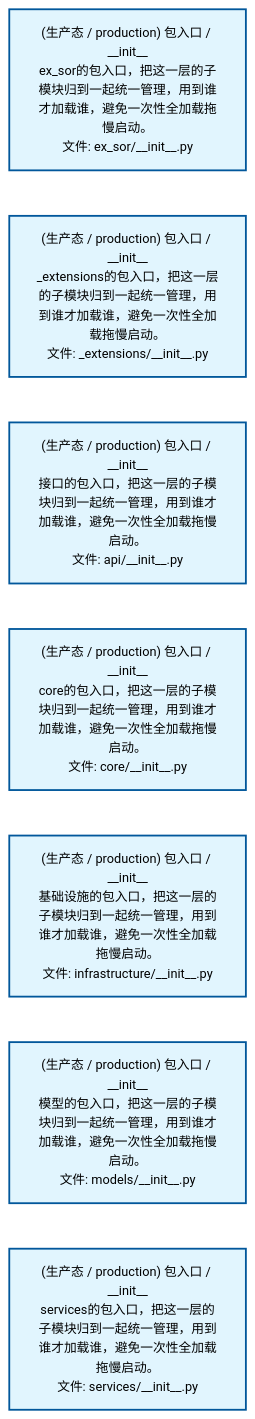
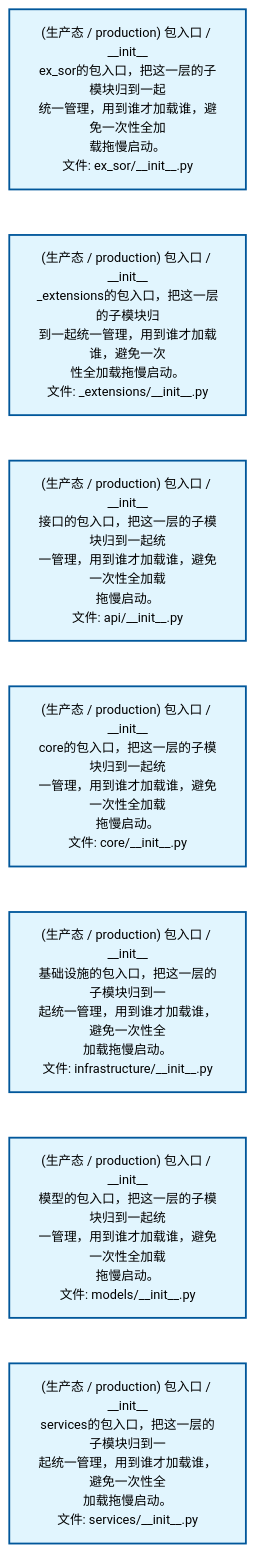
Before and after one commit to xuanFelixVan/ZephyrAlpha: the second of 4 diagrams in docs/02_enterprise_architecture/02_domain_architecture_docs/45_d_ex_sor.md, drawn with Mermaid. The commit also changed other lines of this file and 59 other files, not shown here.

````diff
--- a/docs/02_enterprise_architecture/02_domain_architecture_docs/45_d_ex_sor.md
+++ b/docs/02_enterprise_architecture/02_domain_architecture_docs/45_d_ex_sor.md
@@ -111,22 +111,22 @@
 ```mermaid
 %%{init: {'theme': 'base', 'themeVariables': {'primaryColor': '#eaeaea', 'primaryTextColor': '#333333', 'primaryBorderColor': '#666666', 'lineColor': '#666666', 'secondaryColor': '#eaeaea', 'tertiaryColor': '#eaeaea', 'fontSize': '14px'}}}%%
 flowchart TD
-    src_zephyr_ex_sor_init_py["(生产态 / production) 包入口 / __init__<br/>ex_sor的包入口，把这一层的子模块归到一起统一管理，用到谁才加载谁，避免一次性全加载拖慢启动。<br/>文件: ex_sor/__init__.py"]
-    src_zephyr_ex_sor_extensions_init_py["(生产态 / production) 包入口 / __init__<br/>_extensions的包入口，把这一层的子模块归到一起统一管理，用到谁才加载谁，避免一次性全加载拖慢启动。<br/>文件: _extensions/__init__.py"]
-    src_zephyr_ex_sor_api_init_py["(生产态 / production) 包入口 / __init__<br/>接口的包入口，把这一层的子模块归到一起统一管理，用到谁才加载谁，避免一次性全加载拖慢启动。<br/>文件: api/__init__.py"]
-    src_zephyr_ex_sor_core_init_py["(生产态 / production) 包入口 / __init__<br/>core的包入口，把这一层的子模块归到一起统一管理，用到谁才加载谁，避免一次性全加载拖慢启动。<br/>文件: core/__init__.py"]
-    src_zephyr_ex_sor_infrastructure_init_py["(生产态 / production) 包入口 / __init__<br/>基础设施的包入口，把这一层的子模块归到一起统一管理，用到谁才加载谁，避免一次性全加载拖慢启动。<br/>文件: infrastructure/__init__.py"]
-    src_zephyr_ex_sor_models_init_py["(生产态 / production) 包入口 / __init__<br/>模型的包入口，把这一层的子模块归到一起统一管理，用到谁才加载谁，避免一次性全加载拖慢启动。<br/>文件: models/__init__.py"]
-    src_zephyr_ex_sor_services_init_py["(生产态 / production) 包入口 / __init__<br/>services的包入口，把这一层的子模块归到一起统一管理，用到谁才加载谁，避免一次性全加载拖慢启动。<br/>文件: services/__init__.py"]
+    src_zephyr_ex_sor_init_py["(生产态 / production) 包入口 / __init__<br/>ex_sor的包入口，把这一层的子模块归到一起<br/>统一管理，用到谁才加载谁，避免一次性全加<br/>载拖慢启动。<br/>文件: ex_sor/__init__.py"]
+    src_zephyr_ex_sor_extensions_init_py["(生产态 / production) 包入口 / __init__<br/>_extensions的包入口，把这一层的子模块归<br/>到一起统一管理，用到谁才加载谁，避免一次<br/>性全加载拖慢启动。<br/>文件: _extensions/__init__.py"]
+    src_zephyr_ex_sor_api_init_py["(生产态 / production) 包入口 / __init__<br/>接口的包入口，把这一层的子模块归到一起统<br/>一管理，用到谁才加载谁，避免一次性全加载<br/>拖慢启动。<br/>文件: api/__init__.py"]
+    src_zephyr_ex_sor_core_init_py["(生产态 / production) 包入口 / __init__<br/>core的包入口，把这一层的子模块归到一起统<br/>一管理，用到谁才加载谁，避免一次性全加载<br/>拖慢启动。<br/>文件: core/__init__.py"]
+    src_zephyr_ex_sor_infrastructure_init_py["(生产态 / production) 包入口 / __init__<br/>基础设施的包入口，把这一层的子模块归到一<br/>起统一管理，用到谁才加载谁，避免一次性全<br/>加载拖慢启动。<br/>文件: infrastructure/__init__.py"]
+    src_zephyr_ex_sor_models_init_py["(生产态 / production) 包入口 / __init__<br/>模型的包入口，把这一层的子模块归到一起统<br/>一管理，用到谁才加载谁，避免一次性全加载<br/>拖慢启动。<br/>文件: models/__init__.py"]
+    src_zephyr_ex_sor_services_init_py["(生产态 / production) 包入口 / __init__<br/>services的包入口，把这一层的子模块归到一<br/>起统一管理，用到谁才加载谁，避免一次性全<br/>加载拖慢启动。<br/>文件: services/__init__.py"]
     src_zephyr_ex_sor_init_py ~~~ src_zephyr_ex_sor_extensions_init_py
     src_zephyr_ex_sor_extensions_init_py ~~~ src_zephyr_ex_sor_api_init_py
     src_zephyr_ex_sor_api_init_py ~~~ src_zephyr_ex_sor_core_init_py
     src_zephyr_ex_sor_core_init_py ~~~ src_zephyr_ex_sor_infrastructure_init_py
     src_zephyr_ex_sor_infrastructure_init_py ~~~ src_zephyr_ex_sor_models_init_py
     src_zephyr_ex_sor_models_init_py ~~~ src_zephyr_ex_sor_services_init_py
     classDef production fill:#e1f5fe,stroke:#01579b,stroke-width:2px,color:#000
     classDef design fill:#fff3e0,stroke:#e65100,stroke-width:2px,color:#000,stroke-dasharray: 5 5
     classDef external_prod fill:#e8f4fd,stroke:#0277bd,stroke-width:1px,color:#000
     classDef external_design fill:#fff8e7,stroke:#ef6c00,stroke-width:1px,color:#000,stroke-dasharray: 5 5
     class src_zephyr_ex_sor_init_py,src_zephyr_ex_sor_extensions_init_py,src_zephyr_ex_sor_api_init_py,src_zephyr_ex_sor_core_init_py,src_zephyr_ex_sor_infrastructure_init_py,src_zephyr_ex_sor_models_init_py,src_zephyr_ex_sor_services_init_py production
 ```
````
